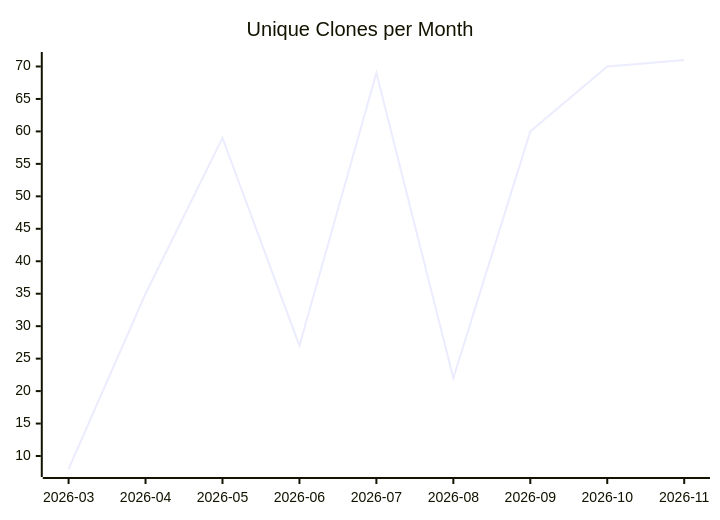
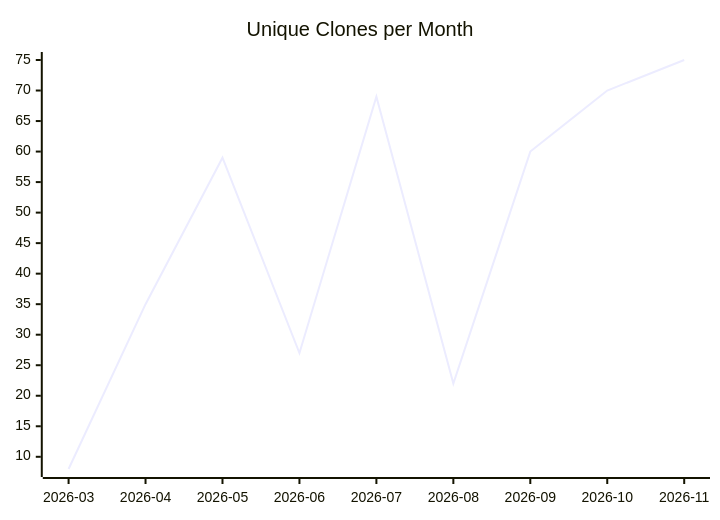
One commit to justdavis-family/github-analytics-data changed the third of 3 diagrams in karlmdavis/fhir-benchmarks/README.md. Above: the diagram before and after it, drawn with Mermaid. The commit also changed other lines of this file and 194 other files, not shown here.

````diff
--- a/karlmdavis/fhir-benchmarks/README.md
+++ b/karlmdavis/fhir-benchmarks/README.md
@@ -19,6 +19,6 @@
 ```mermaid
 xychart-beta
   title "Unique Clones per Month"
   x-axis ["2026-03", "2026-04", "2026-05", "2026-06", "2026-07", "2026-08", "2026-09", "2026-10", "2026-11"]
-  line [8, 35, 59, 27, 69, 22, 60, 70, 71]
+  line [8, 35, 59, 27, 69, 22, 60, 70, 75]
 ```
````
